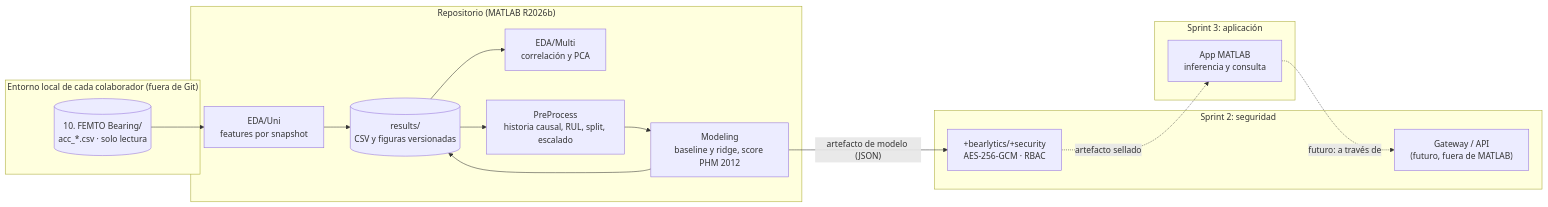
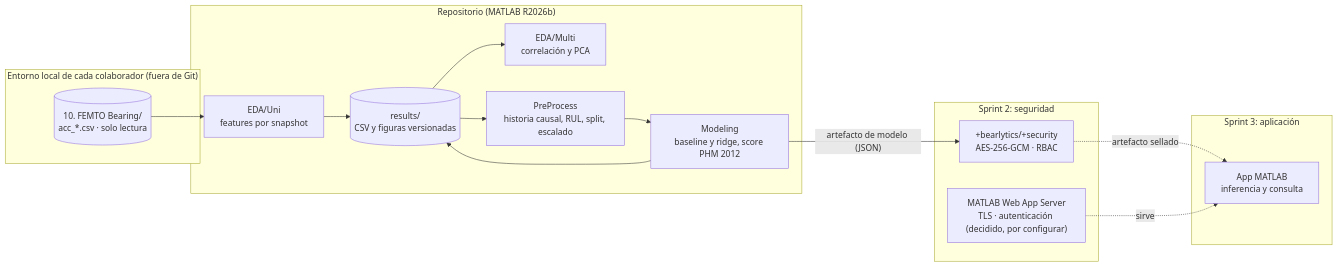
Before and after one commit to JustEswick/Bearlytics: the diagram in docs/arquitectura.md, drawn with Mermaid. The commit also changed other lines of this file, not shown here.

Commit message:
docs: registra el despliegue con MATLAB Web App Server

````diff
--- a/docs/arquitectura.md
+++ b/docs/arquitectura.md
@@ -56,30 +56,30 @@
 ```mermaid
 flowchart LR
     subgraph local["Entorno local de cada colaborador (fuera de Git)"]
         DS[("10. FEMTO Bearing/<br/>acc_*.csv · solo lectura")]
     end
 
     subgraph repo["Repositorio (MATLAB R2026b)"]
         UNI["EDA/Uni<br/>features por snapshot"]
         MULTI["EDA/Multi<br/>correlación y PCA"]
         PRE["PreProcess<br/>historia causal, RUL, split, escalado"]
         MOD["Modeling<br/>baseline y ridge, score PHM 2012"]
         RES[("results/<br/>CSV y figuras versionadas")]
     end
 
     subgraph sec["Sprint 2: seguridad"]
         SEAL["+bearlytics/+security<br/>AES-256-GCM · RBAC"]
-        GW["Gateway / API<br/>(futuro, fuera de MATLAB)"]
+        GW["MATLAB Web App Server<br/>TLS · autenticación (decidido, por configurar)"]
     end
 
     subgraph app["Sprint 3: aplicación"]
         APP["App MATLAB<br/>inferencia y consulta"]
     end
 
     DS --> UNI --> RES
     RES --> MULTI
     RES --> PRE --> MOD --> RES
     MOD -- "artefacto de modelo (JSON)" --> SEAL
     SEAL -. "artefacto sellado" .-> APP
-    APP -. "futuro: a través de" .-> GW
+    GW -. "sirve" .-> APP
 ```
````
